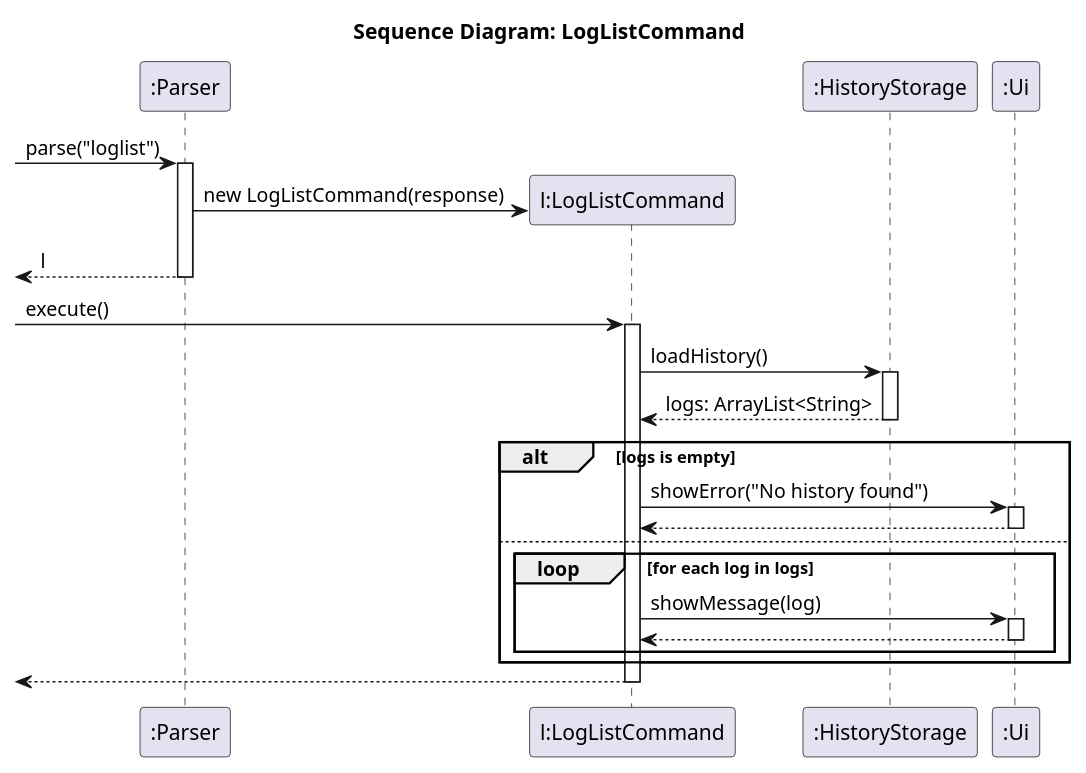
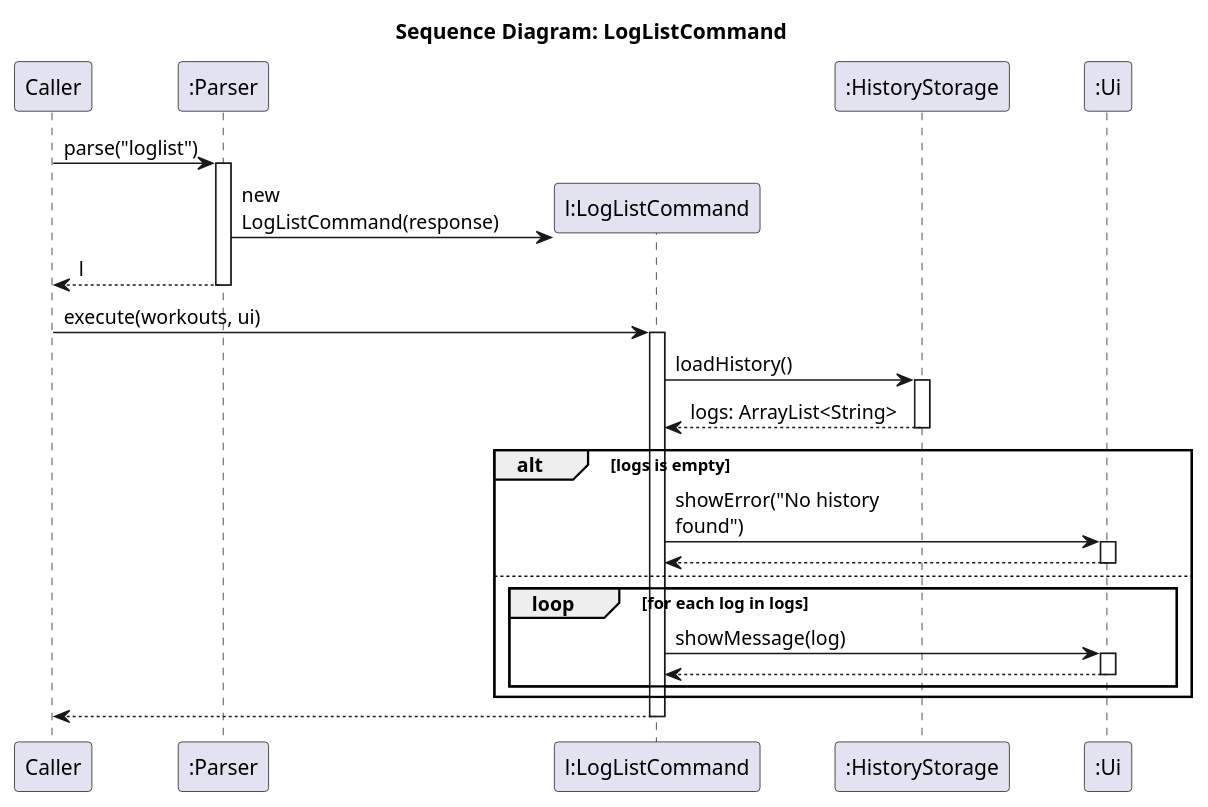
Before and after one commit to AY2526S2-CS2113-T05-3/tp: the diagram in docs/diagrams/commands/loglist/loglistSD.puml, drawn with PlantUML. The commit also changed 3 other files, not shown here.

Commit message:
Edit UG and DG to update mark feature and resolve sequence diagram bug

```diff
--- a/docs/diagrams/commands/loglist/loglistSD.puml
+++ b/docs/diagrams/commands/loglist/loglistSD.puml
@@ -1,40 +1,47 @@
 @startuml
 title Sequence Diagram: LogListCommand
 
+' Standard scaling parameters to prevent clipping
+skinparam maxMessageSize 150
+skinparam ParticipantPadding 20
+skinparam BoxPadding 10
+
+participant "Caller" as Caller
 participant ":Parser" as Parser
-participant "l:LogListCommand" as LogListCommand
-participant ":HistoryStorage" as HistoryStorage
+participant "l:LogListCommand" as Command
+participant ":HistoryStorage" as Storage
 participant ":Ui" as Ui
 
-[-> Parser : parse("loglist")
+Caller -> Parser : parse("loglist")
 activate Parser
-create LogListCommand
-Parser -> LogListCommand : new LogListCommand(response)
-[<-- Parser : l
+create Command
+Parser -> Command : new LogListCommand(response)
+Parser --> Caller : l
 deactivate Parser
 
-[-> LogListCommand : execute()
-activate LogListCommand
+Caller -> Command : execute(workouts, ui)
+activate Command
 
-LogListCommand -> HistoryStorage : loadHistory()
-activate HistoryStorage
-HistoryStorage --> LogListCommand : logs: ArrayList<String>
-deactivate HistoryStorage
+Command -> Storage : loadHistory()
+activate Storage
+Storage --> Command : logs: ArrayList<String>
+deactivate Storage
 
 alt logs is empty
-    LogListCommand -> Ui : showError("No history found")
+    Command -> Ui : showError("No history found")
     activate Ui
-    Ui --> LogListCommand
+    Ui --> Command
     deactivate Ui
 else
     loop for each log in logs
-        LogListCommand -> Ui : showMessage(log)
+        Command -> Ui : showMessage(log)
         activate Ui
-        Ui --> LogListCommand
+        Ui --> Command
         deactivate Ui
     end
 end
 
-[<-- LogListCommand
-deactivate LogListCommand
+Command --> Caller
+deactivate Command
+
 @enduml
```
